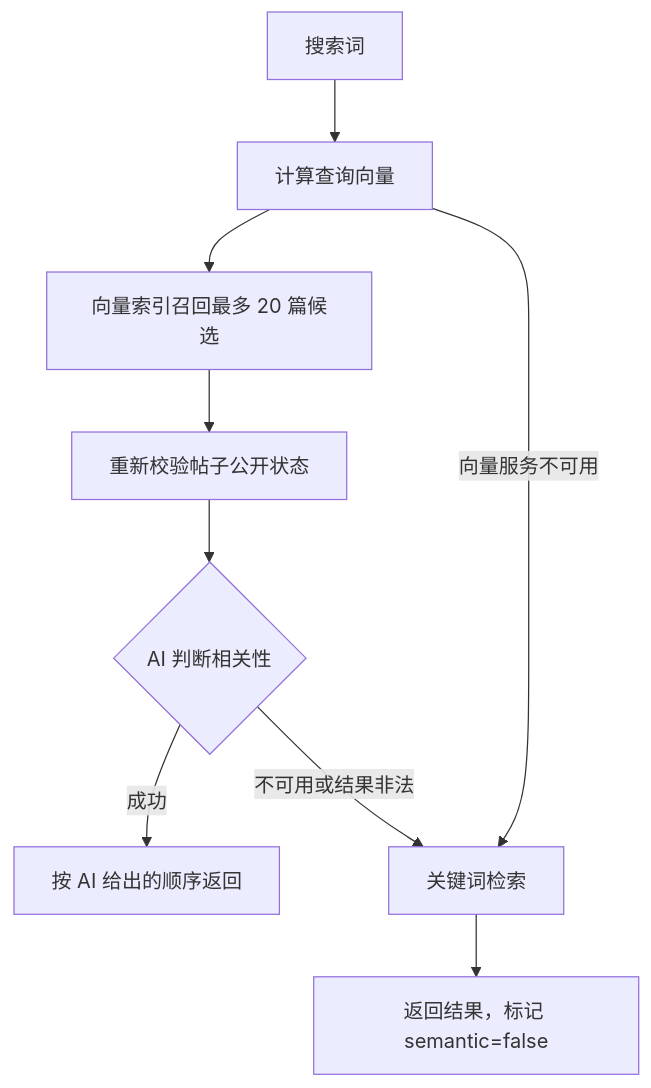
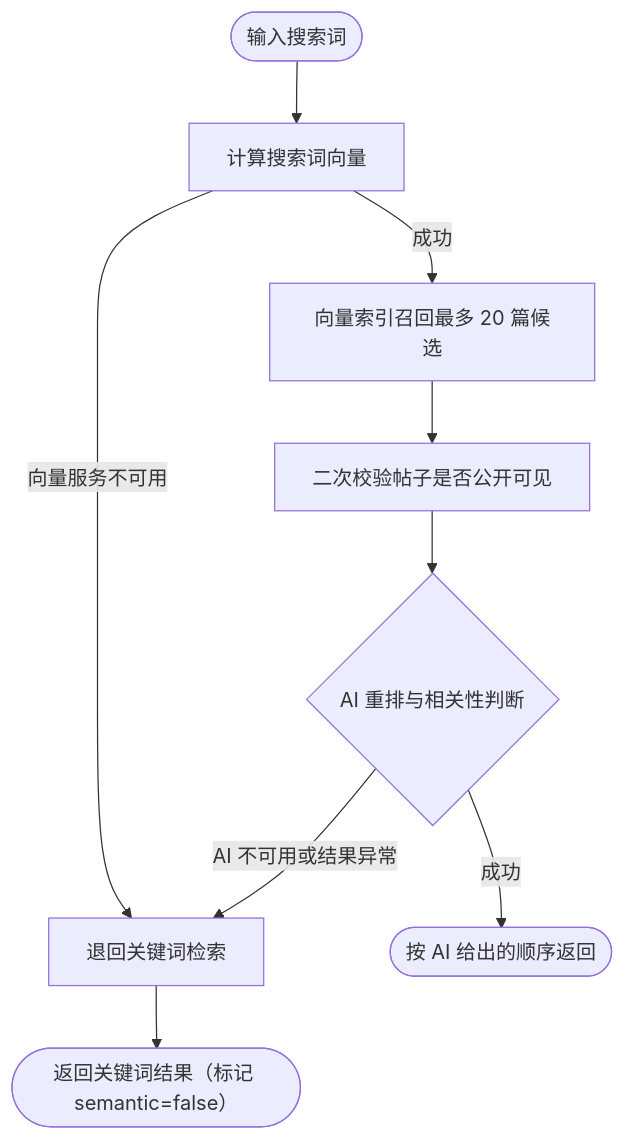
One commit to pluchon/meng_center changed the ninth of 14 diagrams in README.md. Above: the diagram before and after it, drawn with Mermaid. The commit also changed other lines of this file and 42 other files, not shown here.

Commit message:
feat: 主页加入奶糖桌宠并更新海报，重写 README 和项目截图

````diff
--- a/README.md
+++ b/README.md
@@ -58,11 +224,11 @@
 ```mermaid
 flowchart TD
-    Q[搜索词] --> E[计算查询向量]
-    E --> K[向量索引召回最多 20 篇候选]
-    K --> V[重新校验帖子公开状态]
-    V --> A{AI 判断相关性}
-    A -- 成功 --> R1[按 AI 给出的顺序返回]
-    A -- 不可用或结果非法 --> F[关键词检索]
-    E -- 向量服务不可用 --> F
-    F --> R2[返回结果，标记 semantic=false]
+    Q([输入搜索词]) --> E[计算搜索词向量]
+    E -->|成功| K[向量索引召回最多 20 篇候选]
+    E -->|向量服务不可用| F[退回关键词检索]
+    K --> V[二次校验帖子是否公开可见]
+    V --> A{AI 重排与相关性判断}
+    A -->|成功| R1([按 AI 给出的顺序返回])
+    A -->|AI 不可用或结果异常| F
+    F --> R2(["返回关键词结果（标记 semantic=false）"])
 ```
````
